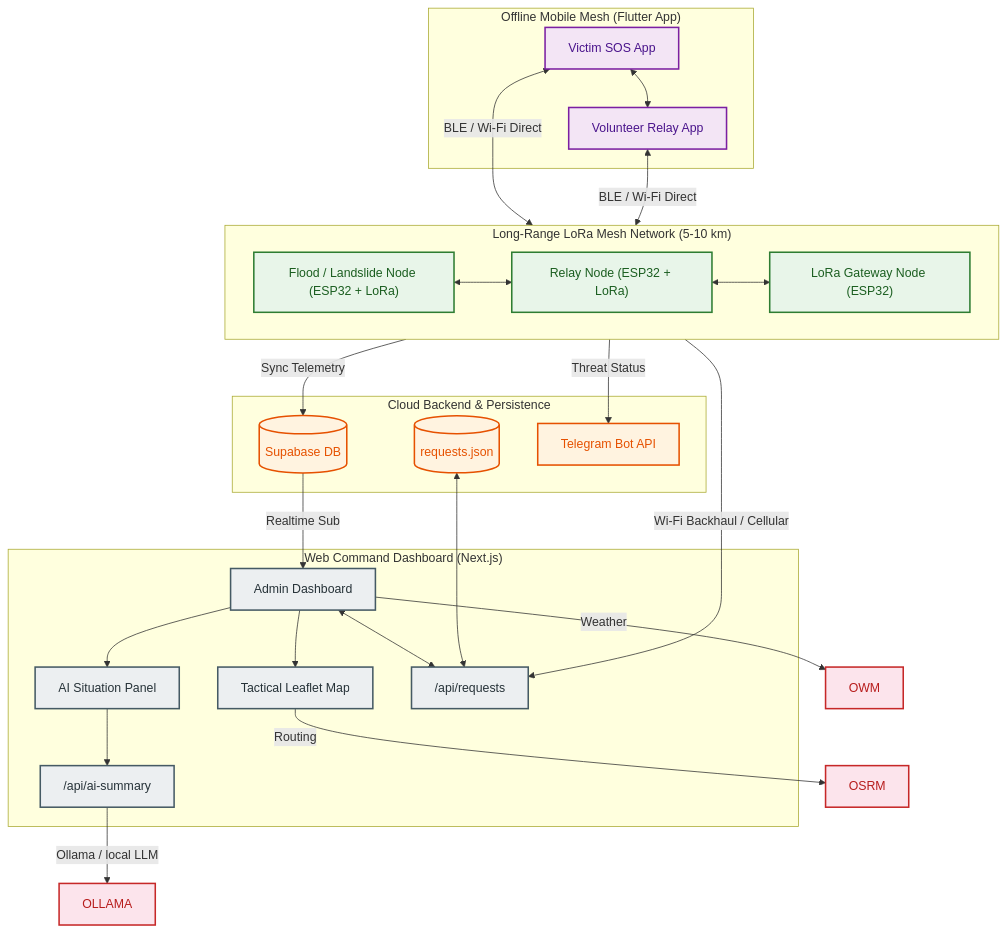
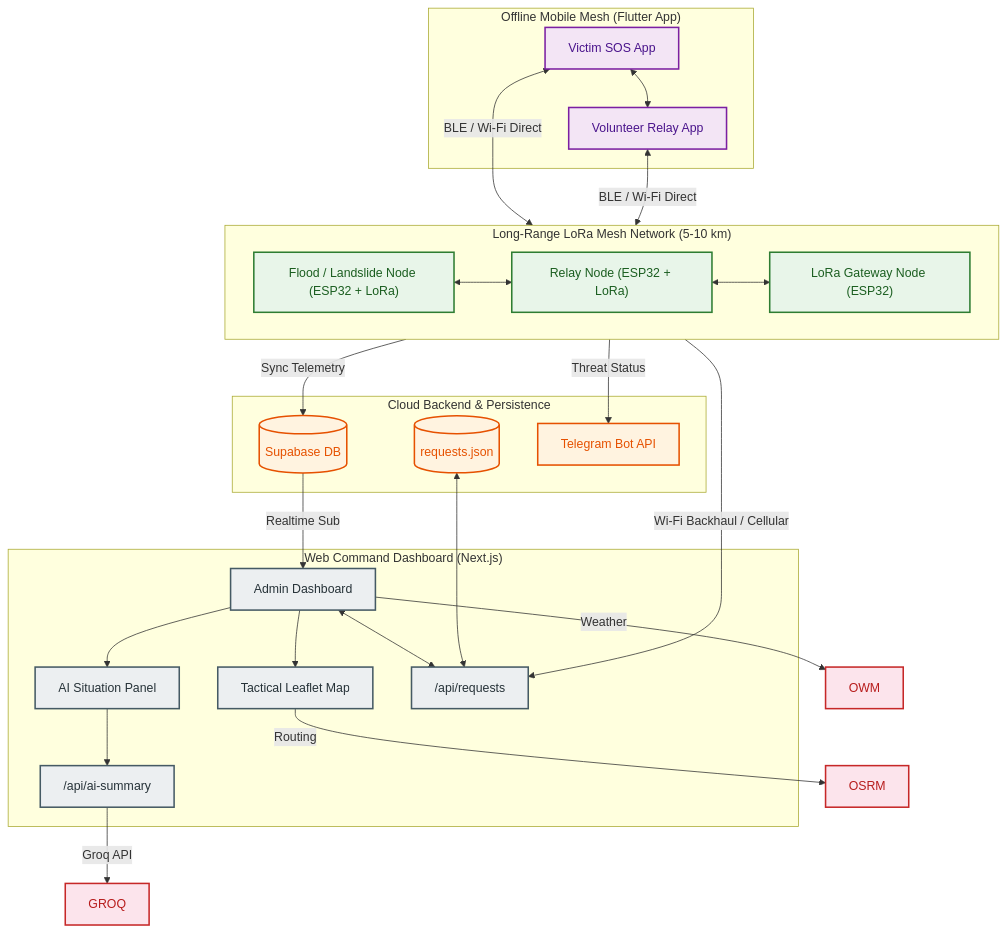
The diagram in hardware/system_architecture.md (Riddhisingh10/resqlink-cit), drawn with Mermaid before and after one commit. The commit also changed other lines of this file and 4 other files, not shown here.

````diff
--- a/hardware/system_architecture.md
+++ b/hardware/system_architecture.md
@@ -10,55 +10,55 @@
 ```mermaid
 flowchart TD
     classDef hw fill:#e1f5fe,stroke:#0288d1,stroke-width:2px,color:#01579b
     classDef fw fill:#e8f5e9,stroke:#2e7d32,stroke-width:2px,color:#1b5e20
     classDef mob fill:#f3e5f5,stroke:#7b1fa2,stroke-width:2px,color:#4a148c
     classDef db fill:#fff3e0,stroke:#e65100,stroke-width:2px,color:#e65100
     classDef web fill:#eceff1,stroke:#455a64,stroke-width:2px,color:#263238
     classDef ext fill:#fce4ec,stroke:#c62828,stroke-width:2px,color:#b71c1c
 
     subgraph CLOUD ["Cloud Backend & Persistence"]
         SUPA_DB[("Supabase DB")]:::db
         JSON_DB[("requests.json")]:::db
         TELE_API["Telegram Bot API"]:::db
     end
 
     subgraph WEB ["Web Command Dashboard (Next.js)"]
         DASH["Admin Dashboard"]:::web
         MAP_W["Tactical Leaflet Map"]:::web
         AI_PANEL["AI Situation Panel"]:::web
         API_REQ["/api/requests"]:::web
         API_AI["/api/ai-summary"]:::web
         DASH --> MAP_W & AI_PANEL
         DASH <--> API_REQ
         AI_PANEL --> API_AI
     end
 
     subgraph LORA_MESH ["Long-Range LoRa Mesh Network (5-10 km)"]
         direction LR
         S_NODE["Flood / Landslide Node (ESP32 + LoRa)"]:::fw
         R_NODE["Relay Node (ESP32 + LoRa)"]:::fw
         GW_NODE["LoRa Gateway Node (ESP32)"]:::fw
         S_NODE <--> R_NODE <--> GW_NODE
     end
 
     subgraph MOBILE ["Offline Mobile Mesh (Flutter App)"]
         VICTIM["Victim SOS App"]:::mob
         VOLUNTEER["Volunteer Relay App"]:::mob
         VICTIM <--> VOLUNTEER
     end
 
     %% Protocol Mappings
     VICTIM <-->|BLE / Wi-Fi Direct| S_NODE
     VOLUNTEER <-->|BLE / Wi-Fi Direct| GW_NODE
     
     GW_NODE -->|Wi-Fi Backhaul / Cellular| API_REQ
     GW_NODE -->|Sync Telemetry| SUPA_DB
     S_NODE -->|Threat Status| TELE_API
     
     SUPA_DB -->|Realtime Sub| DASH
     JSON_DB <--> API_REQ
     
-    API_AI -->|Ollama / local LLM| OLLAMA:::ext
+    API_AI -->|Groq API| GROQ:::ext
     MAP_W -->|Routing| OSRM:::ext
     DASH -->|Weather| OWM:::ext
 ```
````
